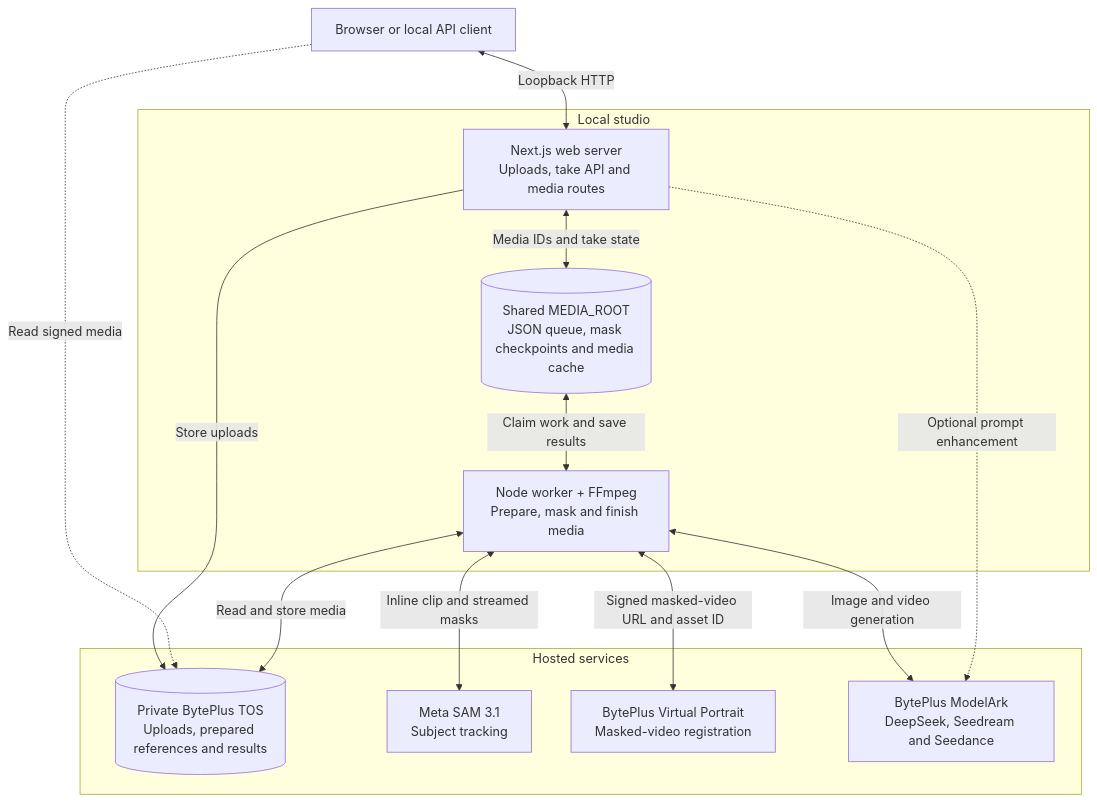
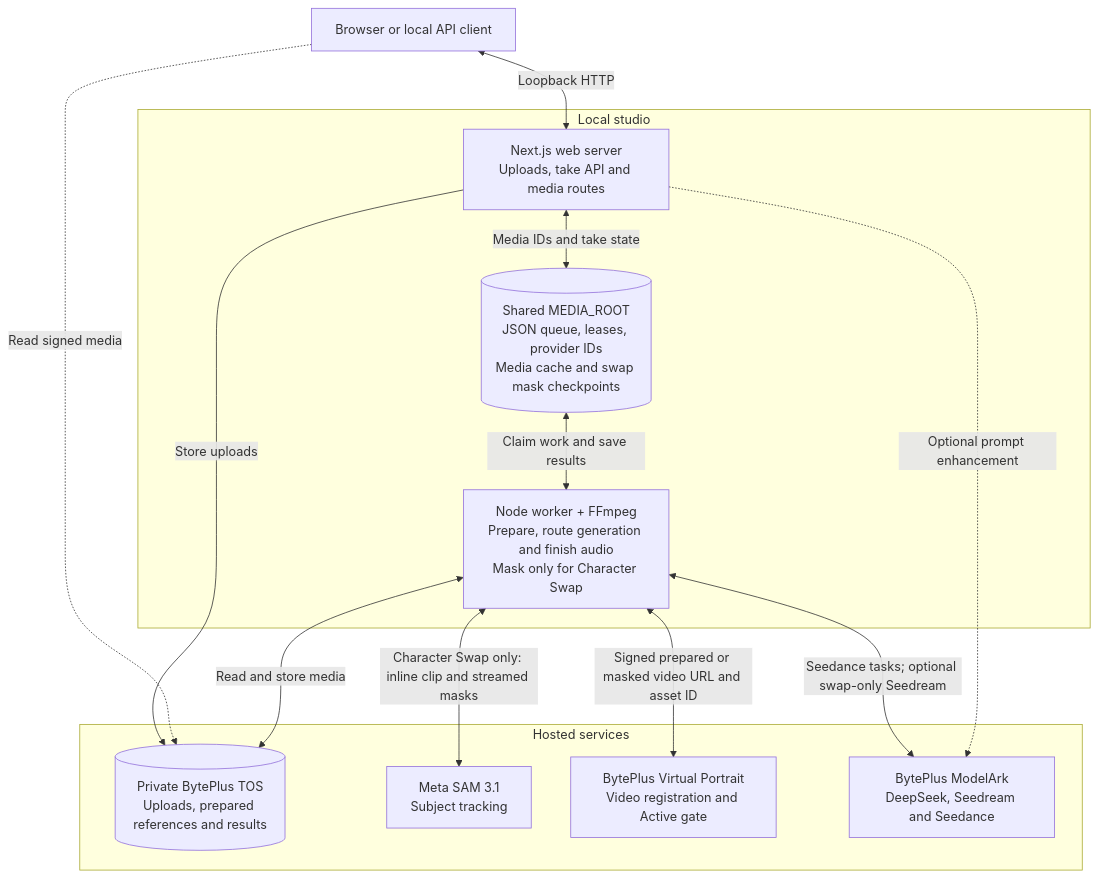
One commit to ArthurReimus-ByteDance/seed-genjutsu changed the fifth of 6 diagrams in README.md. Above: the diagram before and after it, drawn with Mermaid. The commit also changed other lines of this file and 65 other files, not shown here.

````diff
--- a/README.md
+++ b/README.md
@@ -67,28 +226,28 @@
 ```mermaid
 flowchart TB
     Client["Browser or local API client"]
 
     subgraph Local["Local studio"]
         Web["Next.js web server<br/>Uploads, take API and media routes"]
-        State[("Shared MEDIA_ROOT<br/>JSON queue, mask checkpoints and media cache")]
-        Worker["Node worker + FFmpeg<br/>Prepare, mask and finish media"]
+        State[("Shared MEDIA_ROOT<br/>JSON queue, leases, provider IDs<br/>Media cache and swap mask checkpoints")]
+        Worker["Node worker + FFmpeg<br/>Prepare, route generation and finish audio<br/>Mask only for Character Swap"]
         Web <-->|Media IDs and take state| State
         State <-->|Claim work and save results| Worker
     end
 
     subgraph Hosted["Hosted services"]
         TOS[("Private BytePlus TOS<br/>Uploads, prepared references and results")]
         SAM["Meta SAM 3.1<br/>Subject tracking"]
-        Portrait["BytePlus Virtual Portrait<br/>Masked-video registration"]
+        Portrait["BytePlus Virtual Portrait<br/>Video registration and Active gate"]
         Ark["BytePlus ModelArk<br/>DeepSeek, Seedream and Seedance"]
     end
 
     Client <-->|Loopback HTTP| Web
     Web -->|Store uploads| TOS
     Client -.->|Read signed media| TOS
     Worker <-->|Read and store media| TOS
-    Worker <-->|Inline clip and streamed masks| SAM
-    Worker <-->|Signed masked-video URL and asset ID| Portrait
-    Worker <-->|Image and video generation| Ark
+    Worker <-->|Character Swap only: inline clip and streamed masks| SAM
+    Worker <-->|Signed prepared or masked video URL and asset ID| Portrait
+    Worker <-->|Seedance tasks; optional swap-only Seedream| Ark
     Web -.->|Optional prompt enhancement| Ark
 ```
````
